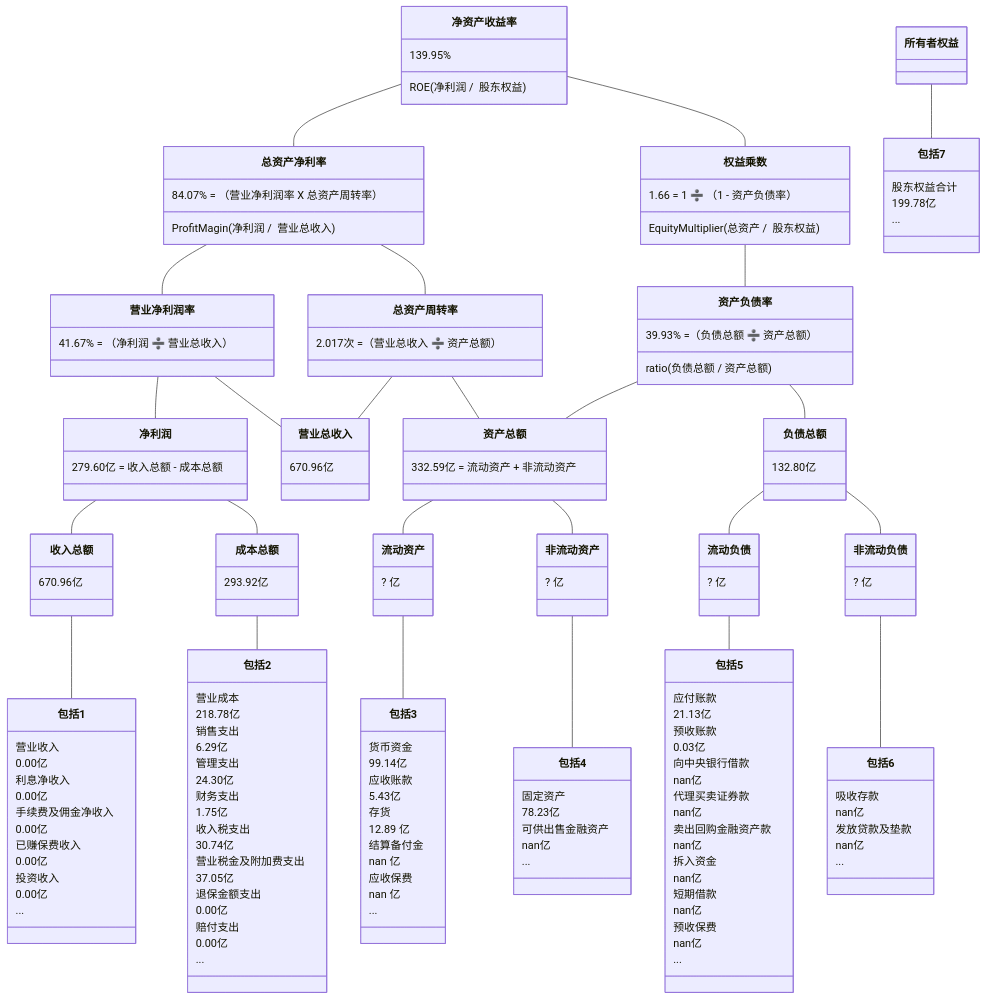
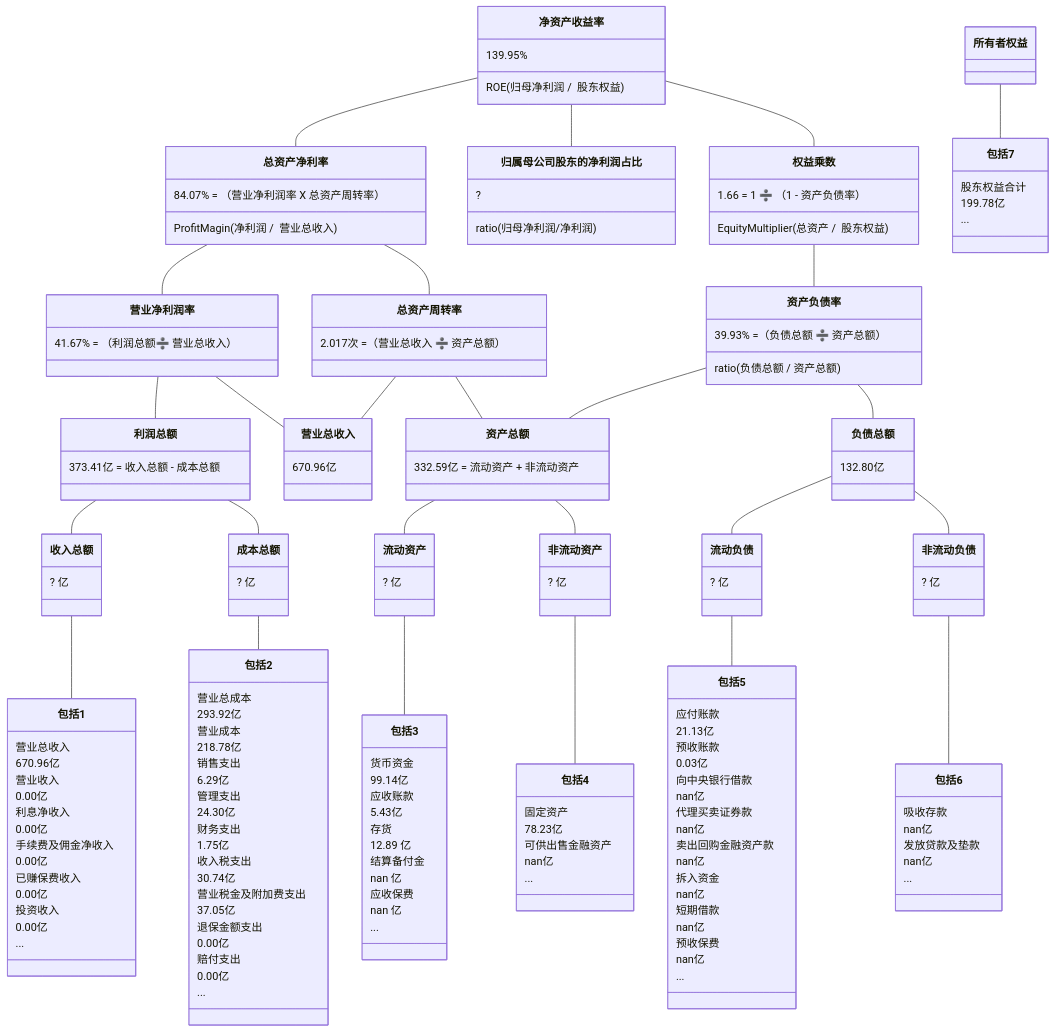
One commit to TheVeryDarkness/cs410 changed the fifth of 10 diagrams in 2/2.md. Above: the diagram before and after it, drawn with Mermaid. The commit also changed other lines of this file and 55 other files, not shown here.

```diff
--- a/2/2.md
+++ b/2/2.md
@@ -501,23 +529,26 @@
 classDiagram
 净资产收益率 -- 总资产净利率
     净资产收益率 : 139.95%
-    净资产收益率 : ROE(净利润 /  股东权益)
+    净资产收益率 : ROE(归母净利润 /  股东权益)
     总资产净利率 : 84.07% = （营业净利润率 X 总资产周转率）
     总资产净利率 : ProfitMagin(净利润 /  营业总收入)
+净资产收益率 -- 归属母公司股东的净利润占比
+	归属母公司股东的净利润占比 : ?
+	归属母公司股东的净利润占比 : ratio(归母净利润/净利润)
 净资产收益率 -- 权益乘数
     权益乘数 : 1.66 = 1 ➗ （1 - 资产负债率）
     权益乘数 : EquityMultiplier(总资产 /  股东权益)
     
 总资产净利率 -- 营业净利润率
-    营业净利润率 : 41.67% = （净利润 ➗ 营业总收入）
+    营业净利润率 : 41.67% = （利润总额➗ 营业总收入）
 总资产净利率 -- 总资产周转率
     总资产周转率 : 2.017次 =（营业总收入 ➗ 资产总额）
 权益乘数 -- 资产负债率
     资产负债率  : 39.93% =（负债总额 ➗ 资产总额）
     资产负债率  : ratio(负债总额 / 资产总额)
 
-营业净利润率 -- 净利润
-    净利润 : 279.60亿 = 收入总额 - 成本总额
+营业净利润率 -- 利润总额
+   利润总额 : 373.41亿 = 收入总额 - 成本总额
 营业净利润率 -- 营业总收入
     营业总收入 : 670.96亿
 总资产周转率 -- 营业总收入
@@ -528,10 +559,10 @@
 资产负债率 -- 　资产总额
 
 
-净利润 -- 收入总额
-    收入总额 : 670.96亿
-净利润 -- 成本总额
-    成本总额 : 293.92亿
+利润总额 -- 收入总额
+    收入总额 : ? 亿
+利润总额 -- 成本总额
+    成本总额 : ? 亿
 资产总额 -- 流动资产
 	流动资产 : ? 亿
 资产总额 -- 非流动资产
@@ -542,6 +573,8 @@
 	非流动负债 : ? 亿
 
 收入总额 -- 包括1
+    包括1 : 营业总收入
+    包括1 : 670.96亿
     包括1 : 营业收入
     包括1 : 0.00亿
     包括1 : 利息净收入
@@ -554,6 +587,8 @@
     包括1 : 0.00亿
     包括1 : ...
 成本总额 -- 包括2
+    包括2 : 营业总成本
+    包括2 : 293.92亿
     包括2 : 营业成本
     包括2 : 218.78亿
     包括2 : 销售支出
```
